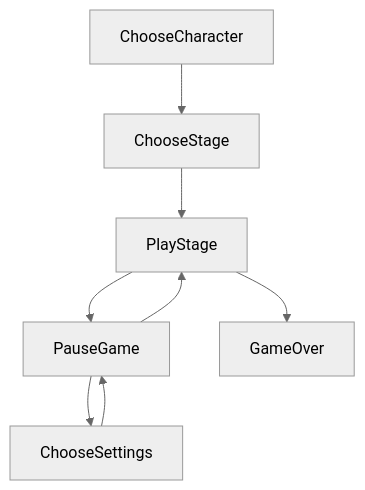
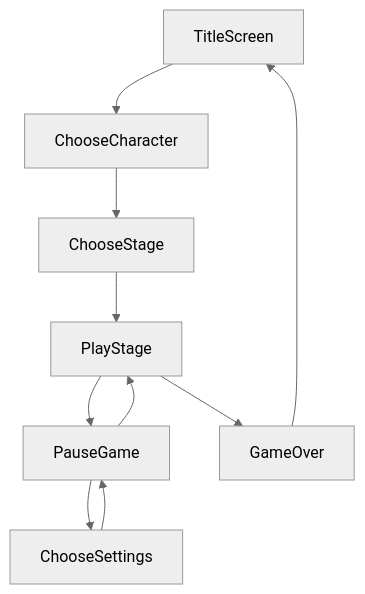
The diagram in doc/design.md (cuperman/game), drawn with Mermaid (neutral theme) before and after one commit.

Commit message:
Update game stage diagram

````diff
--- a/doc/design.md
+++ b/doc/design.md
@@ -5,10 +5,12 @@
 ```mermaid
 graph TD;
+    TitleScreen-->ChooseCharacter
     ChooseCharacter-->ChooseStage;
     ChooseStage-->PlayStage;
     PlayStage-->PauseGame;
     PauseGame-->PlayStage;
     PauseGame-->ChooseSettings;
     ChooseSettings-->PauseGame;
     PlayStage-->GameOver;
+    GameOver-->TitleScreen;
 ```
````
